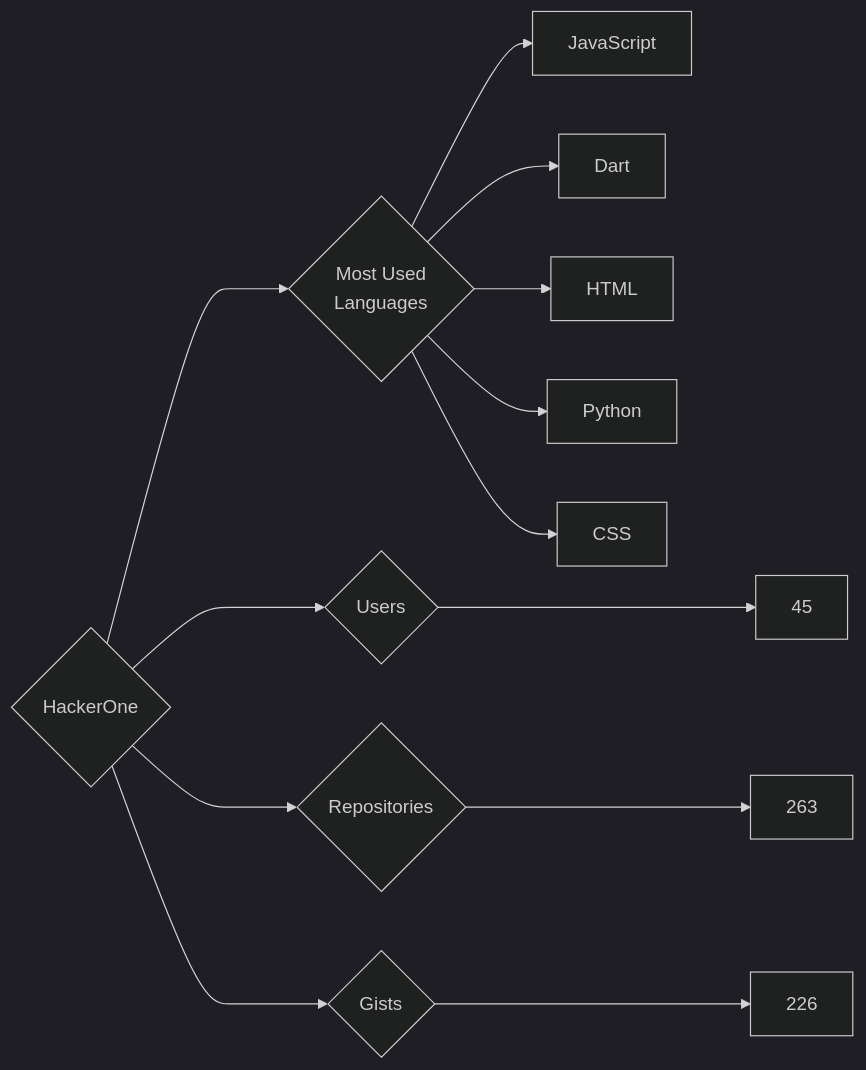
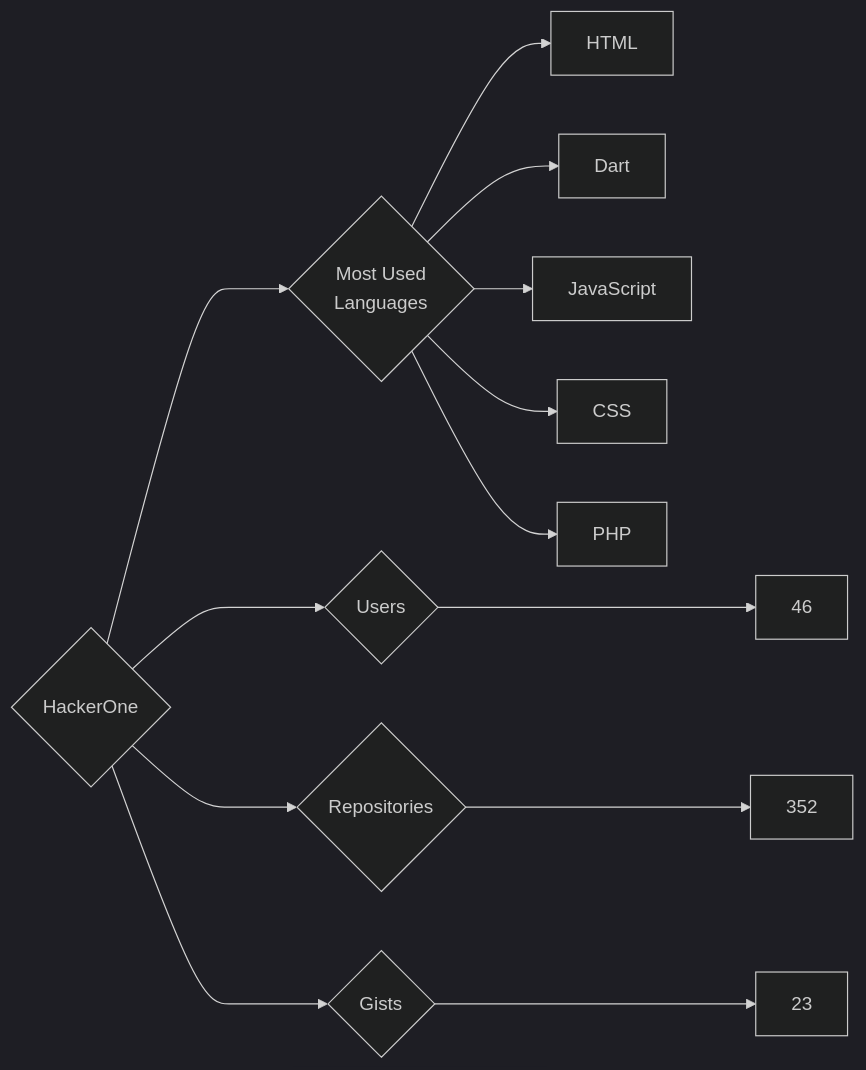
Before and after one commit to trickest/insiders: the diagram in targets/HackerOne/README.md, drawn with Mermaid (dark theme). The commit also changed 914 other files, not shown here.

````diff
--- a/targets/HackerOne/README.md
+++ b/targets/HackerOne/README.md
@@ -3,13 +3,13 @@
 ```mermaid
 graph LR
 COMPANY_NAME{HackerOne}
-COMPANY_NAME ---> U{Users} ---> UN[45]
-COMPANY_NAME ---> R{Repositories} ---> RN[263]
-COMPANY_NAME ---> G{Gists} ---> GN[226]
+COMPANY_NAME ---> U{Users} ---> UN[46]
+COMPANY_NAME ---> R{Repositories} ---> RN[352]
+COMPANY_NAME ---> G{Gists} ---> GN[23]
 COMPANY_NAME ---> ML{Most Used<br>Languages}
+ML --> HTML[HTML]
+ML --> Dart[Dart]
 ML --> JavaScript[JavaScript]
-ML --> Dart[Dart]
-ML --> HTML[HTML]
-ML --> Python[Python]
 ML --> CSS[CSS]
+ML --> PHP[PHP]
 ```
````
